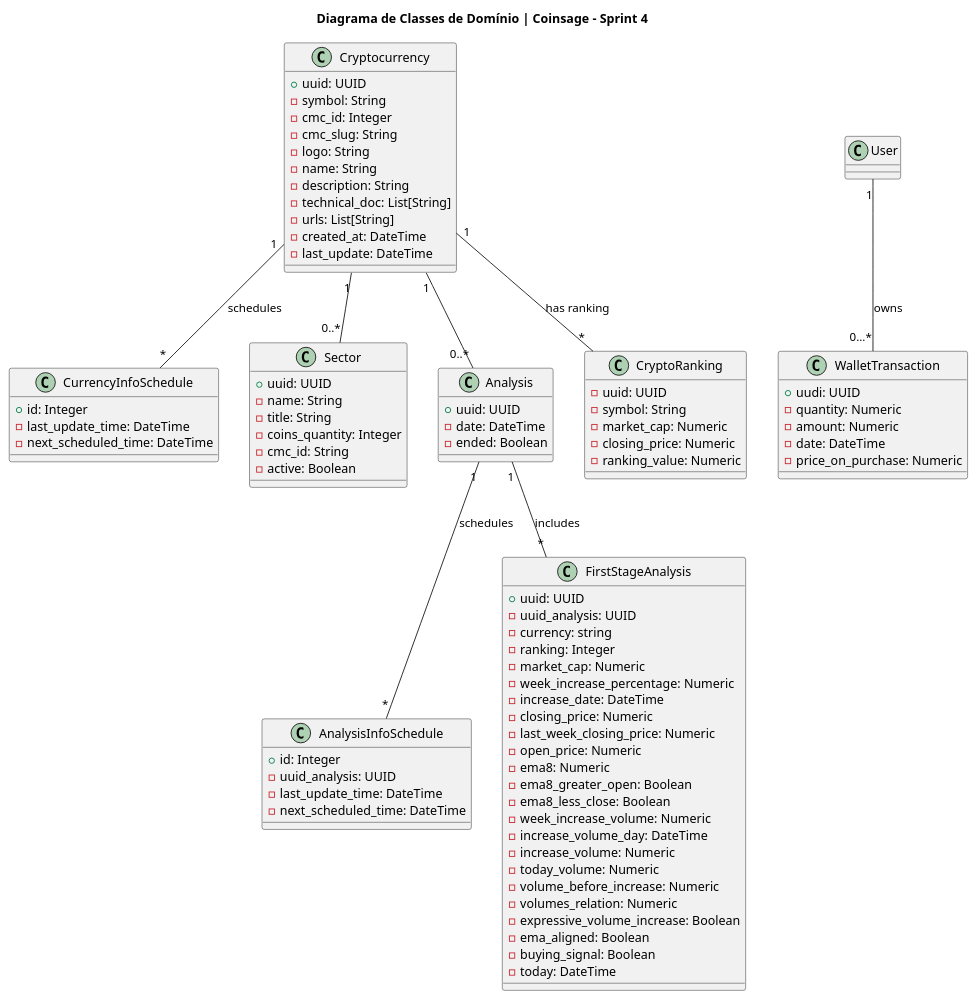
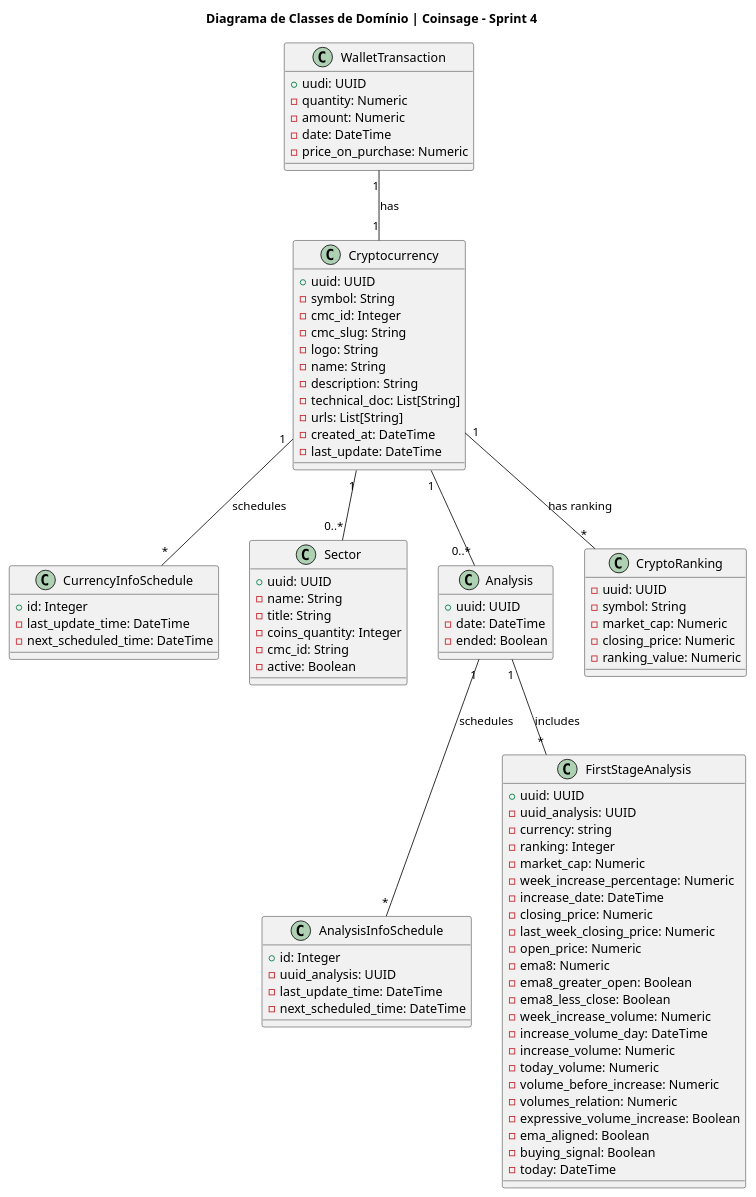
One commit to ICEI-PUC-Minas-PPLES-TI/plf-es-2024-1-ti3-8981100-coinsage changed the diagram in Artefatos/diagramas/diagrama_de_classes/class_diagram.plantuml. Above: the diagram before and after it, drawn with PlantUML. The commit also changed 4 other files, not shown here.

Commit message:
fixing classes diagram

```diff
--- a/Artefatos/diagramas/diagrama_de_classes/class_diagram.plantuml
+++ b/Artefatos/diagramas/diagrama_de_classes/class_diagram.plantuml
@@ -1,101 +1,98 @@
 @startuml Diagrama de Classes
 title Diagrama de Classes de Domínio | Coinsage - Sprint 4
 
 class Cryptocurrency {
     + uuid: UUID
     - symbol: String
     - cmc_id: Integer
     - cmc_slug: String
     - logo: String
     - name: String
     - description: String
     - technical_doc: List[String]
     - urls: List[String]
     - created_at: DateTime
     - last_update: DateTime
 }
 
 class CurrencyInfoSchedule {
     + id: Integer
     - last_update_time: DateTime
     - next_scheduled_time: DateTime
 
 }
 
 class Sector {
     + uuid: UUID
     - name: String
     - title: String
     - coins_quantity: Integer
     - cmc_id: String
     - active: Boolean
 }
 
 class Analysis {
     + uuid: UUID
     - date: DateTime
     - ended: Boolean
-}
-
-class User {
 }
 
 class AnalysisInfoSchedule {
     + id: Integer
     - uuid_analysis: UUID
     - last_update_time: DateTime
     - next_scheduled_time: DateTime
 }
 
 class FirstStageAnalysis {
     + uuid: UUID
     - uuid_analysis: UUID
     - currency: string
     - ranking: Integer
     - market_cap: Numeric
     - week_increase_percentage: Numeric
     - increase_date: DateTime
     - closing_price: Numeric
     - last_week_closing_price: Numeric
     - open_price: Numeric
     - ema8: Numeric
     - ema8_greater_open: Boolean
     - ema8_less_close: Boolean
     - week_increase_volume: Numeric
     - increase_volume_day: DateTime
     - increase_volume: Numeric
     - today_volume: Numeric
     - volume_before_increase: Numeric
     - volumes_relation: Numeric
     - expressive_volume_increase: Boolean
     - ema_aligned: Boolean
     - buying_signal: Boolean
     - today: DateTime
 }
 
 class WalletTransaction {
     + uudi: UUID
     - quantity: Numeric
     - amount: Numeric
     - date: DateTime
     - price_on_purchase: Numeric
 }
 
 class CryptoRanking {
     - uuid: UUID
     - symbol: String
     - market_cap: Numeric
     - closing_price: Numeric
     - ranking_value: Numeric
 }
 
 ' Relações entre as classes
 Cryptocurrency "1" -- "*" CurrencyInfoSchedule: schedules
 Cryptocurrency "1" -- "0..*" Sector
 Cryptocurrency "1" -- "0..*" Analysis
 Analysis "1" -- "*" AnalysisInfoSchedule : schedules
 Analysis "1" -- "*" FirstStageAnalysis : includes
-User "1" -- "0...*" WalletTransaction : owns
 Cryptocurrency "1" -- "*" CryptoRanking : "has ranking"
+WalletTransaction "1" -- "1" Cryptocurrency : "has"
 
 @enduml
```
